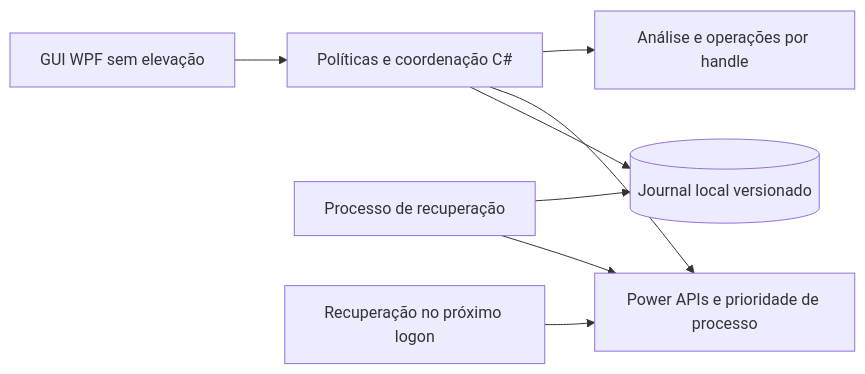
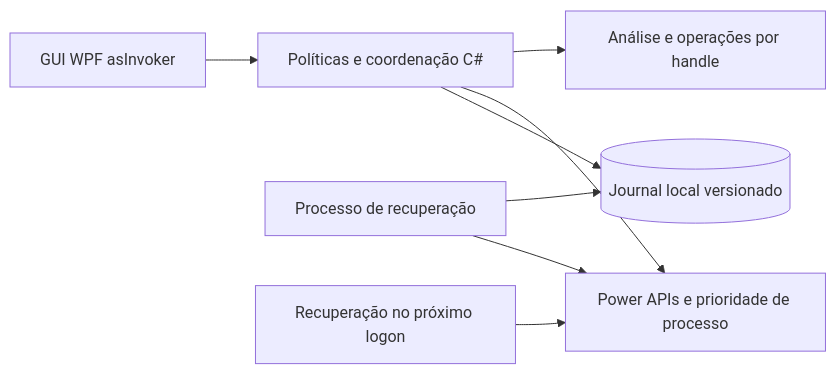
Before and after one commit to pedroisf/software-gamer: the diagram in ESPECIFICACAO_TECNICA.md, drawn with Mermaid. The commit also changed other lines of this file and 21 other files, not shown here.

````diff
--- a/ESPECIFICACAO_TECNICA.md
+++ b/ESPECIFICACAO_TECNICA.md
@@ -21,10 +21,10 @@
 ```mermaid
 flowchart LR
-  UI[GUI WPF sem elevação] --> Core[Políticas e coordenação C#]
+  UI[GUI WPF asInvoker] --> Core[Políticas e coordenação C#]
   Core --> Cleaner[Análise e operações por handle]
   Core --> Booster[Power APIs e prioridade de processo]
   Core --> State[(Journal local versionado)]
   Watchdog[Processo de recuperação] --> State
   Watchdog --> Booster
   Run[Recuperação no próximo logon] --> Booster
 ```
````
